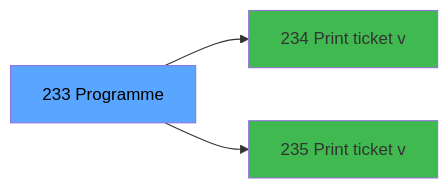
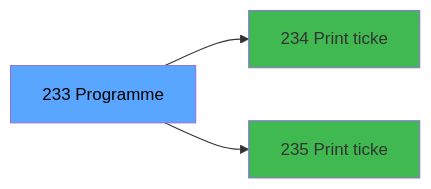
Before and after one commit to thonyAGP/magic-migration: the third of 3 diagrams in .openspec/specs/ADH-IDE-233.md, drawn with Mermaid. The commit also changed other lines of this file and 323 other files, not shown here.

````diff
--- a/.openspec/specs/ADH-IDE-233.md
+++ b/.openspec/specs/ADH-IDE-233.md
@@ -124,11 +146,11 @@
 ```mermaid
 graph LR
     T[233 Programme]
-    C234[234  Print ticket v]
+    C234[234  Print ticke]
     T --> C234
-    C235[235  Print ticket v]
+    C235[235  Print ticke]
     T --> C235
     style T fill:#58a6ff,color:#000
     style C234 fill:#3fb950
     style C235 fill:#3fb950
 ```
````
